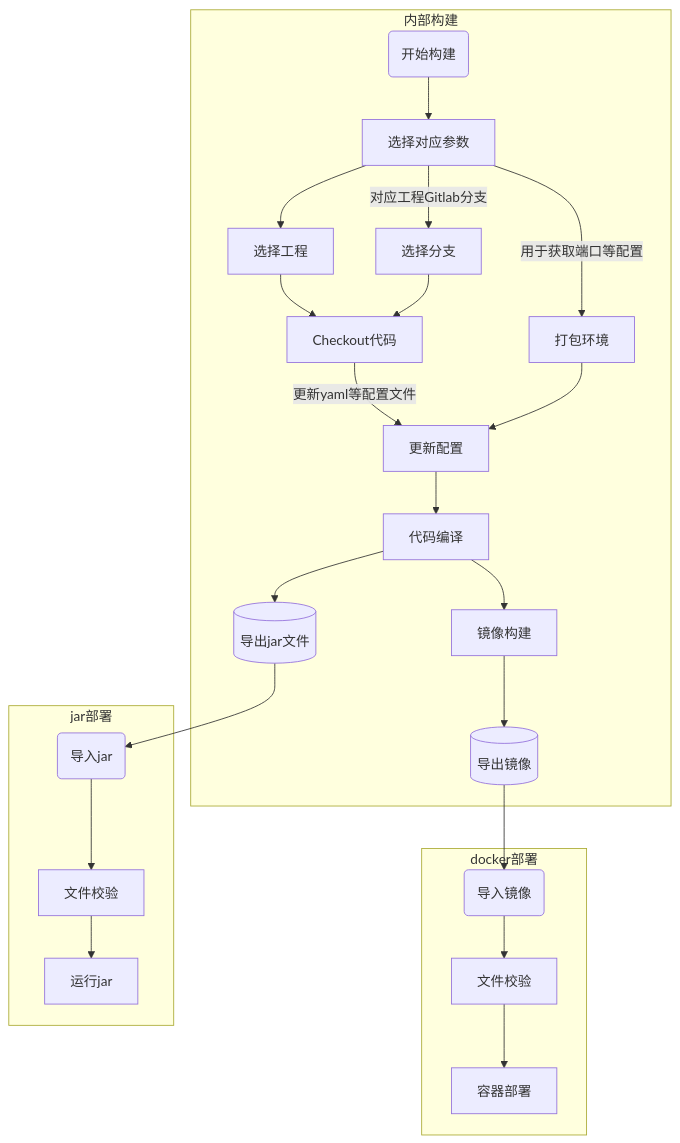
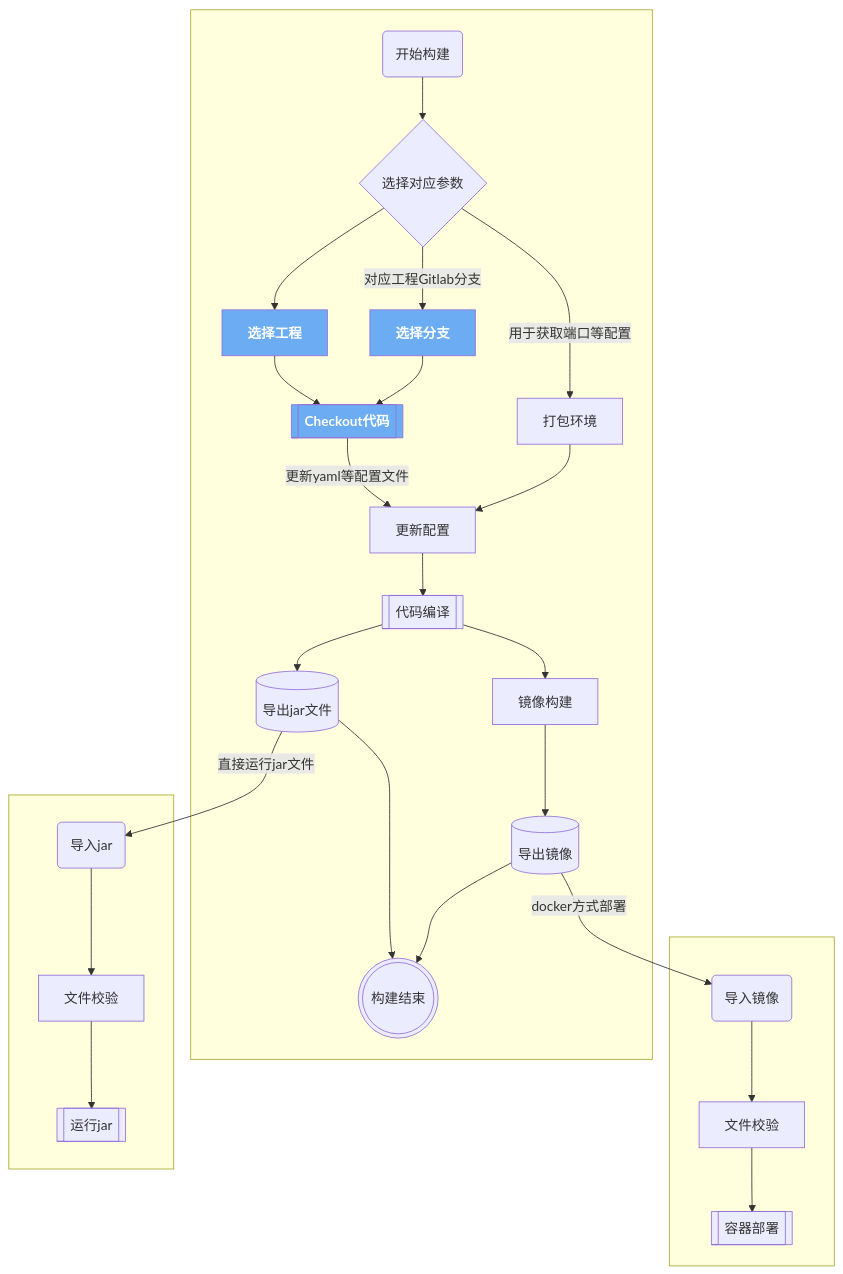
One commit to lucumt/ghblog changed the diagram in content/post/devops/git-checkout-by-dynamic-repository-in-jenkins.md. Above: the diagram before and after it, drawn with Mermaid. The commit also changed other lines of this file and 7 other files, not shown here.

````diff
--- a/content/post/devops/git-checkout-by-dynamic-repository-in-jenkins.md
+++ b/content/post/devops/git-checkout-by-dynamic-repository-in-jenkins.md
@@ -55,25 +93,28 @@
 ```mermaid
 flowchart TD
-    subgraph inner [内部构建]
-        A1(开始构建) -->A2[选择对应参数]
+    subgraph   
+        A1(开始构建) -->A2{选择对应参数}
         A2 -->|用于获取端口等配置| A3[打包环境]
-        A2 --> A4[选择工程]
-        A2 -->|对应工程Gitlab分支| A5[选择分支]
-        A4 --> A6[Checkout代码]
+        A2 --> A4[选择工程]:::checkstyle
+        A2 -->|对应工程Gitlab分支| A5[选择分支]:::checkstyle
+        A4 --> A6[[Checkout代码]]:::checkstyle
         A5 --> A6
         A6 --> |更新yaml等配置文件| A7[更新配置]
         A3 --> A7
-        A7 --> A8[代码编译]
+        A7 --> A8[[代码编译]]
         A8 --> A9[(导出jar文件)]
         A8 --> A10[镜像构建]
         A10 --> A11[(导出镜像)]
+        A9 --> A12(((构建结束)))
+        A11 --> A12
     end
-    subgraph docker部署
-        B1(导入镜像) --> B2[文件校验] --> B3[容器部署]
+    subgraph  
+        B1(导入镜像) --> B2[文件校验] --> B3[[容器部署]]
     end
-    subgraph jar部署
-        C1(导入jar) --> C2[文件校验] --> C3[运行jar]
+    subgraph  
+        C1(导入jar) --> C2[文件校验] --> C3[[运行jar]]
     end
-    A11 --> B1
-    A9 --> C1
+    A11 -->|docker方式部署| B1
+    A9 --> |直接运行jar文件| C1
+classDef checkstyle fill:#6bacf2,color:#ffffff,font-weight:bold
 ```
````
